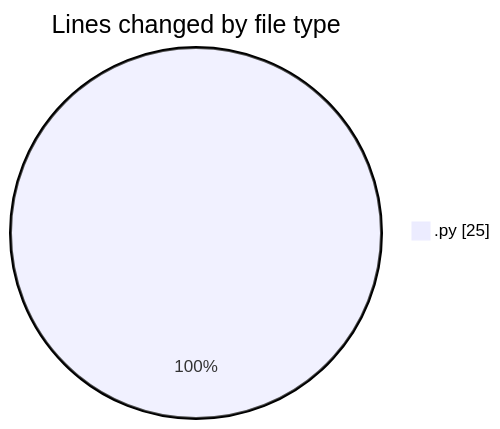
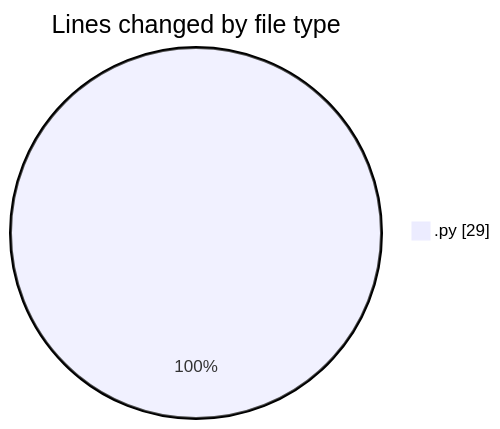
The first of 2 diagrams in 2025-04-24/myws__workspace_/README.md (MatusMokan/code-tracking), drawn with Mermaid before and after one commit. The commit also changed other lines of this file and 1 other file, not shown here.

````diff
--- a/2025-04-24/myws__workspace_/README.md
+++ b/2025-04-24/myws__workspace_/README.md
@@ -20,5 +20,5 @@
 ```mermaid
 pie showData
 title Lines changed by file type
-".py" : 25
+".py" : 29
 ```
````
